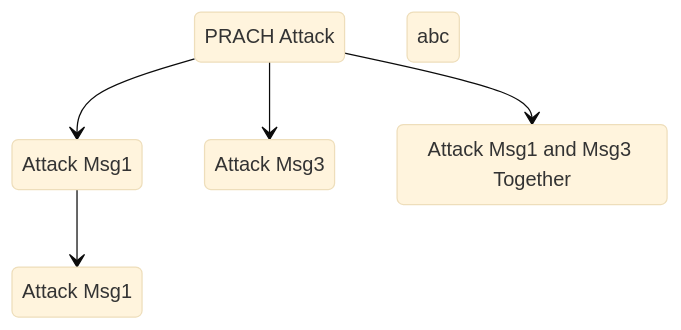
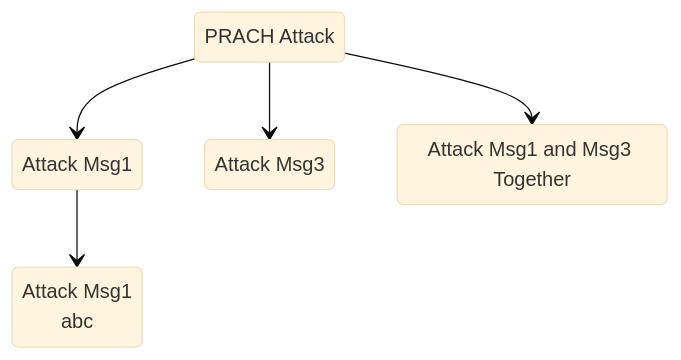
The diagram in docs/20250307 Thesis (PRACH Attack Problem Definition).md (bmw-ece-ntust/wilfrid-prach-attack-analysis), drawn with Mermaid (base theme) before and after one commit.

Commit message:
Update 20250307 Thesis (PRACH Attack Problem Definition).md

````diff
--- a/docs/20250307 Thesis (PRACH Attack Problem Definition).md
+++ b/docs/20250307 Thesis (PRACH Attack Problem Definition).md
@@ -21,13 +21,12 @@
 ```mermaid
 stateDiagram-v2
     s1: PRACH Attack
     s2: Attack Msg1
     s3: Attack Msg3
     s4: Attack Msg1 and Msg3 Together
     s1 --> s2
     s1 --> s3
     s1 --> s4
-    s5: Attack Msg1
-        abc
+    s5: Attack Msg1<br>abc
     s2 --> s5
 ```
````
